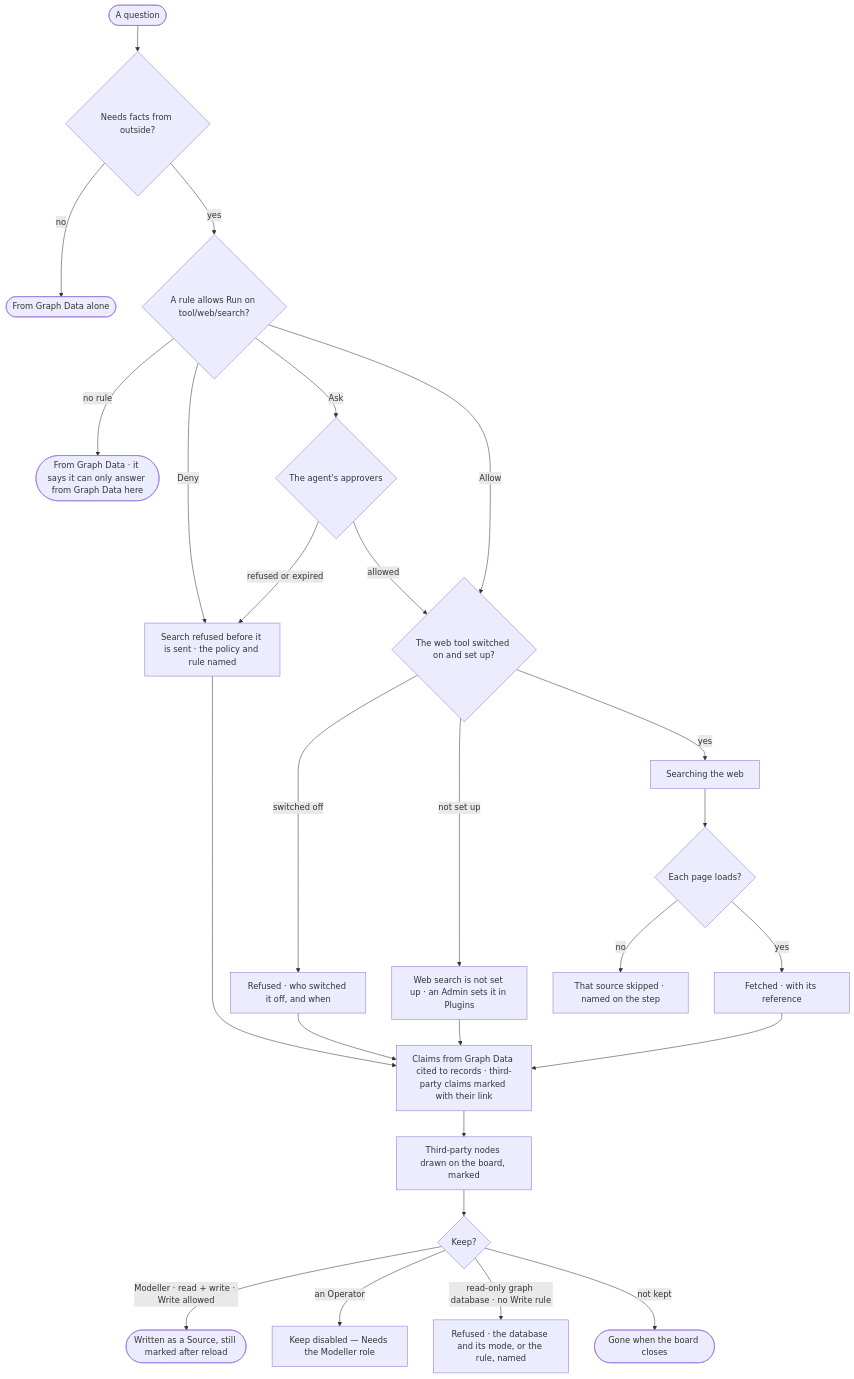
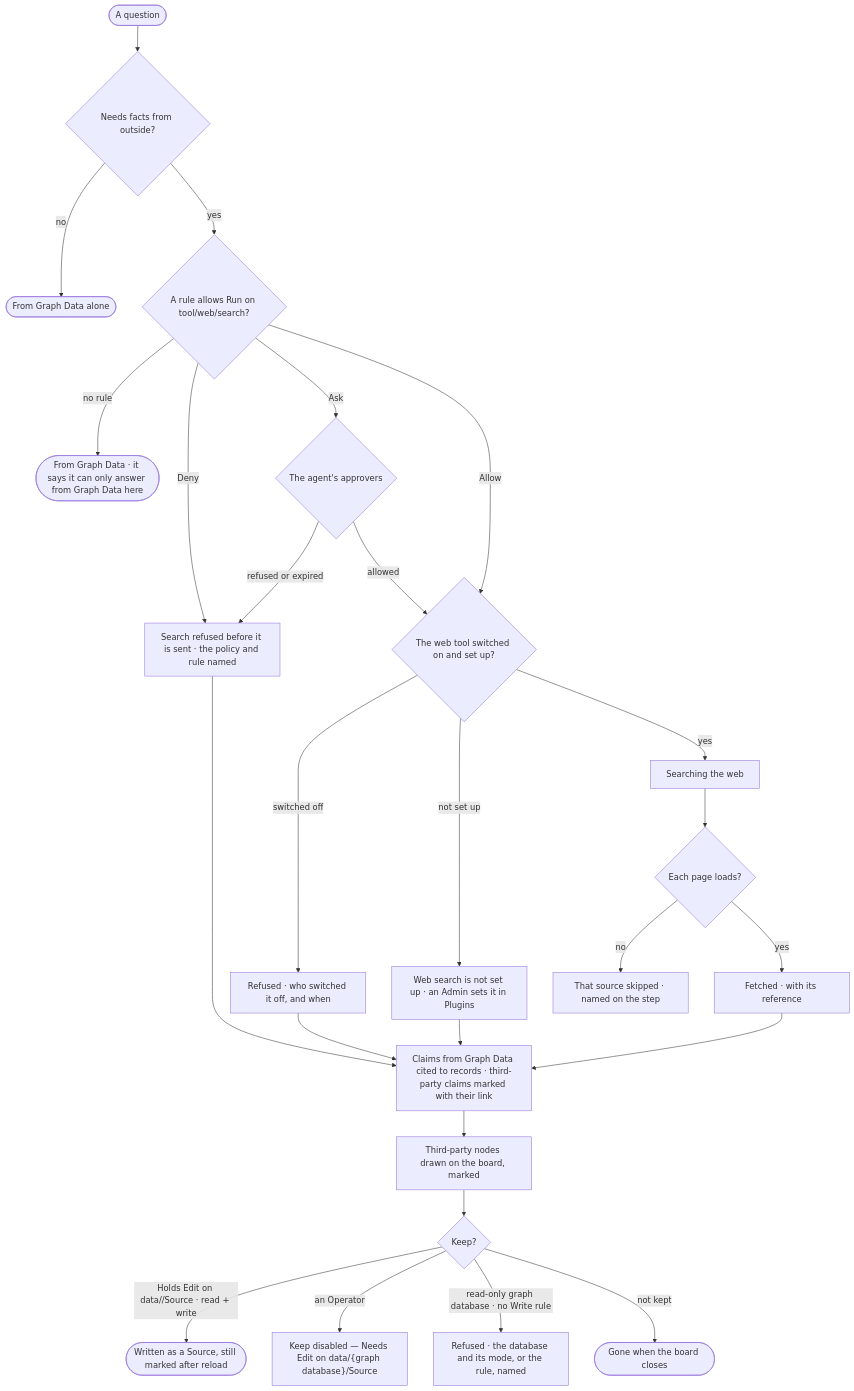
The diagram in specs/capabilities/explore/features/EX-F05-when-it-cannot-answer-and-how-it-reasons/stories/EX-26-facts-from-beyond-the-graph/story.md (invana/invana), drawn with Mermaid before and after one commit. The commit also changed other lines of this file and 228 other files, not shown here.

````diff
--- a/specs/capabilities/explore/features/EX-F05-when-it-cannot-answer-and-how-it-reasons/stories/EX-26-facts-from-beyond-the-graph/story.md
+++ b/specs/capabilities/explore/features/EX-F05-when-it-cannot-answer-and-how-it-reasons/stories/EX-26-facts-from-beyond-the-graph/story.md
@@ -29,28 +29,28 @@
 ```mermaid
 flowchart TD
   a([A question]) --> b{Needs facts from outside?}
   b -->|no| g([From Graph Data alone])
   b -->|yes| c{"A rule allows Run on tool/web/search?"}
   c -->|no rule| g2(["From Graph Data · it says it can only answer from Graph Data here"])
   c -->|Deny| r["Search refused before it is sent · the policy and rule named"]
   c -->|Ask| ap{The agent's approvers}
   ap -->|refused or expired| r
   ap -->|allowed| on
   c -->|Allow| on{The web tool switched on and set up?}
   on -->|switched off| off["Refused · who switched it off, and when"]
   on -->|not set up| ns["Web search is not set up · an Admin sets it in Plugins"]
   on -->|yes| s["Searching the web"]
   s --> f{Each page loads?}
   f -->|no| sk["That source skipped · named on the step"]
   f -->|yes| h["Fetched · with its reference"]
   h --> ans["Claims from Graph Data cited to records · third-party claims marked with their link"]
   r --> ans
   off --> ans
   ns --> ans
   ans --> n["Third-party nodes drawn on the board, marked"]
   n --> k{Keep?}
-  k -->|Modeller · read + write · Write allowed| kp(["Written as a Source, still marked after reload"])
-  k -->|an Operator| na["Keep disabled — Needs the Modeller role"]
+  k -->|"Holds Edit on data/<graph database>/Source · read + write"| kp(["Written as a Source, still marked after reload"])
+  k -->|an Operator| na["Keep disabled — Needs Edit on data/{graph database}/Source"]
   k -->|read-only graph database · no Write rule| kr["Refused · the database and its mode, or the rule, named"]
   k -->|not kept| gone([Gone when the board closes])
 ```
````
